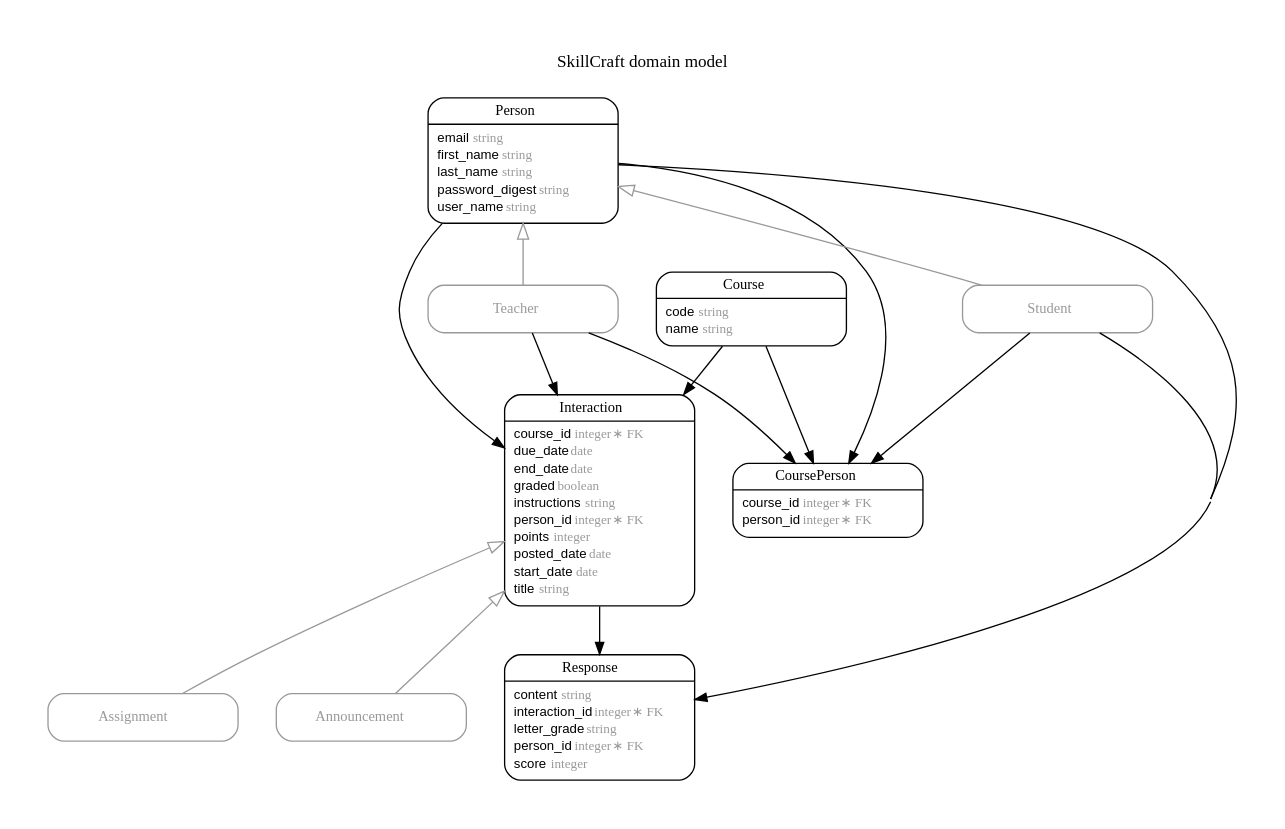
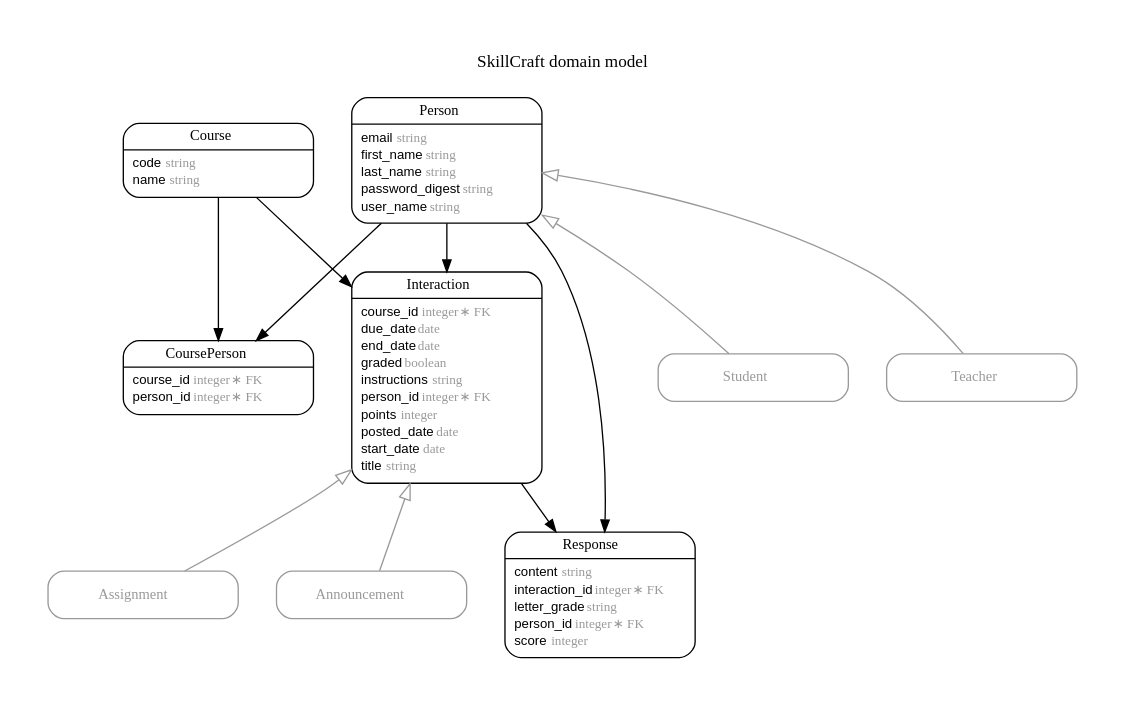
The diagram in erd.dot (FergusDevelopmentLLC/skillcraft), drawn with Graphviz before and after one commit. The commit also changed 16 other files, not shown here.

```diff
--- a/erd.dot
+++ b/erd.dot
@@ -1,105 +1,101 @@
 digraph SkillCraft {
 rankdir = "LR";
 ranksep = "0.5";
 nodesep = "0.4";
 pad = "0.4,0.4";
 margin = "0,0";
 concentrate = "true";
 labelloc = "t";
 fontsize = "13";
 fontname = "Arial Bold";
 splines = "spline";
 node[ shape  =  "Mrecord" , fontsize  =  "10" , fontname  =  "Arial" , margin  =  "0.07,0.05" , penwidth  =  "1.0"];
 edge[ fontname  =  "Arial" , fontsize  =  "7" , dir  =  "both" , arrowsize  =  "0.9" , penwidth  =  "1.0" , labelangle  =  "32" , labeldistance  =  "1.8"];
 rankdir = "TB";
 label = "SkillCraft domain model\n\n";
 m_Announcement [color = "grey60", fontcolor = "grey60", label = <{<table border="0" align="center" cellspacing="0.5" cellpadding="0" width="134">
   <tr><td align="center" valign="bottom" width="130"><font face="Arial Bold" point-size="11">Announcement</font></td></tr>
 </table>
 }>];
 m_Assignment [color = "grey60", fontcolor = "grey60", label = <{<table border="0" align="center" cellspacing="0.5" cellpadding="0" width="134">
   <tr><td align="center" valign="bottom" width="130"><font face="Arial Bold" point-size="11">Assignment</font></td></tr>
 </table>
 }>];
 m_Course [label = <{<table border="0" align="center" cellspacing="0.5" cellpadding="0" width="134">
   <tr><td align="center" valign="bottom" width="130"><font face="Arial Bold" point-size="11">Course</font></td></tr>
 </table>
 |
 <table border="0" align="left" cellspacing="2" cellpadding="0" width="134">
   <tr><td align="left" width="130" port="code">code <font face="Arial Italic" color="grey60">string</font></td></tr>
   <tr><td align="left" width="130" port="name">name <font face="Arial Italic" color="grey60">string</font></td></tr>
 </table>
 }>];
 m_CoursePerson [label = <{<table border="0" align="center" cellspacing="0.5" cellpadding="0" width="134">
   <tr><td align="center" valign="bottom" width="130"><font face="Arial Bold" point-size="11">CoursePerson</font></td></tr>
 </table>
 |
 <table border="0" align="left" cellspacing="2" cellpadding="0" width="134">
   <tr><td align="left" width="130" port="course_id">course_id <font face="Arial Italic" color="grey60">integer ∗ FK</font></td></tr>
   <tr><td align="left" width="130" port="person_id">person_id <font face="Arial Italic" color="grey60">integer ∗ FK</font></td></tr>
 </table>
 }>];
 m_Interaction [label = <{<table border="0" align="center" cellspacing="0.5" cellpadding="0" width="134">
   <tr><td align="center" valign="bottom" width="130"><font face="Arial Bold" point-size="11">Interaction</font></td></tr>
 </table>
 |
 <table border="0" align="left" cellspacing="2" cellpadding="0" width="134">
   <tr><td align="left" width="130" port="course_id">course_id <font face="Arial Italic" color="grey60">integer ∗ FK</font></td></tr>
   <tr><td align="left" width="130" port="due_date">due_date <font face="Arial Italic" color="grey60">date</font></td></tr>
   <tr><td align="left" width="130" port="end_date">end_date <font face="Arial Italic" color="grey60">date</font></td></tr>
   <tr><td align="left" width="130" port="graded">graded <font face="Arial Italic" color="grey60">boolean</font></td></tr>
   <tr><td align="left" width="130" port="instructions">instructions <font face="Arial Italic" color="grey60">string</font></td></tr>
   <tr><td align="left" width="130" port="person_id">person_id <font face="Arial Italic" color="grey60">integer ∗ FK</font></td></tr>
   <tr><td align="left" width="130" port="points">points <font face="Arial Italic" color="grey60">integer</font></td></tr>
   <tr><td align="left" width="130" port="posted_date">posted_date <font face="Arial Italic" color="grey60">date</font></td></tr>
   <tr><td align="left" width="130" port="start_date">start_date <font face="Arial Italic" color="grey60">date</font></td></tr>
   <tr><td align="left" width="130" port="title">title <font face="Arial Italic" color="grey60">string</font></td></tr>
 </table>
 }>];
 m_Person [label = <{<table border="0" align="center" cellspacing="0.5" cellpadding="0" width="134">
   <tr><td align="center" valign="bottom" width="130"><font face="Arial Bold" point-size="11">Person</font></td></tr>
 </table>
 |
 <table border="0" align="left" cellspacing="2" cellpadding="0" width="134">
   <tr><td align="left" width="130" port="email">email <font face="Arial Italic" color="grey60">string</font></td></tr>
   <tr><td align="left" width="130" port="first_name">first_name <font face="Arial Italic" color="grey60">string</font></td></tr>
   <tr><td align="left" width="130" port="last_name">last_name <font face="Arial Italic" color="grey60">string</font></td></tr>
   <tr><td align="left" width="130" port="password_digest">password_digest <font face="Arial Italic" color="grey60">string</font></td></tr>
   <tr><td align="left" width="130" port="user_name">user_name <font face="Arial Italic" color="grey60">string</font></td></tr>
 </table>
 }>];
 m_Response [label = <{<table border="0" align="center" cellspacing="0.5" cellpadding="0" width="134">
   <tr><td align="center" valign="bottom" width="130"><font face="Arial Bold" point-size="11">Response</font></td></tr>
 </table>
 |
 <table border="0" align="left" cellspacing="2" cellpadding="0" width="134">
   <tr><td align="left" width="130" port="content">content <font face="Arial Italic" color="grey60">string</font></td></tr>
   <tr><td align="left" width="130" port="interaction_id">interaction_id <font face="Arial Italic" color="grey60">integer ∗ FK</font></td></tr>
   <tr><td align="left" width="130" port="letter_grade">letter_grade <font face="Arial Italic" color="grey60">string</font></td></tr>
   <tr><td align="left" width="130" port="person_id">person_id <font face="Arial Italic" color="grey60">integer ∗ FK</font></td></tr>
   <tr><td align="left" width="130" port="score">score <font face="Arial Italic" color="grey60">integer</font></td></tr>
 </table>
 }>];
 m_Student [color = "grey60", fontcolor = "grey60", label = <{<table border="0" align="center" cellspacing="0.5" cellpadding="0" width="134">
   <tr><td align="center" valign="bottom" width="130"><font face="Arial Bold" point-size="11">Student</font></td></tr>
 </table>
 }>];
 m_Teacher [color = "grey60", fontcolor = "grey60", label = <{<table border="0" align="center" cellspacing="0.5" cellpadding="0" width="134">
   <tr><td align="center" valign="bottom" width="130"><font face="Arial Bold" point-size="11">Teacher</font></td></tr>
 </table>
 }>];
   m_Interaction -> m_Announcement [color = "grey60", arrowtail = "onormal", arrowhead = "none", arrowsize = "1.2"];
   m_Interaction -> m_Assignment [color = "grey60", arrowtail = "onormal", arrowhead = "none", arrowsize = "1.2"];
   m_Person -> m_Student [color = "grey60", arrowtail = "onormal", arrowhead = "none", arrowsize = "1.2"];
   m_Person -> m_Teacher [color = "grey60", arrowtail = "onormal", arrowhead = "none", arrowsize = "1.2"];
-  m_Student -> m_Response [arrowhead = "normal", arrowtail = "none", weight = "1"];
-  m_Student -> m_CoursePerson [arrowhead = "normal", arrowtail = "none", weight = "1"];
-  m_Teacher -> m_Interaction [arrowhead = "normal", arrowtail = "none", weight = "1"];
-  m_Teacher -> m_CoursePerson [arrowhead = "normal", arrowtail = "none", weight = "1"];
+  m_Person -> m_Response [arrowhead = "normal", arrowtail = "none", weight = "4"];
+  m_Person -> m_CoursePerson [arrowhead = "normal", arrowtail = "none", weight = "4"];
+  m_Person -> m_Interaction [arrowhead = "normal", arrowtail = "none", weight = "6"];
   m_Course -> m_Interaction [arrowhead = "normal", arrowtail = "none", weight = "4"];
-  m_Person -> m_Interaction [arrowhead = "normal", arrowtail = "none", weight = "3"];
   m_Interaction -> m_Response [arrowhead = "normal", arrowtail = "none", weight = "4"];
-  m_Person -> m_CoursePerson [arrowhead = "normal", arrowtail = "none", weight = "1"];
   m_Course -> m_CoursePerson [arrowhead = "normal", arrowtail = "none", weight = "2"];
-  m_Person -> m_Response [arrowhead = "normal", arrowtail = "none", weight = "1"];
 }
```
